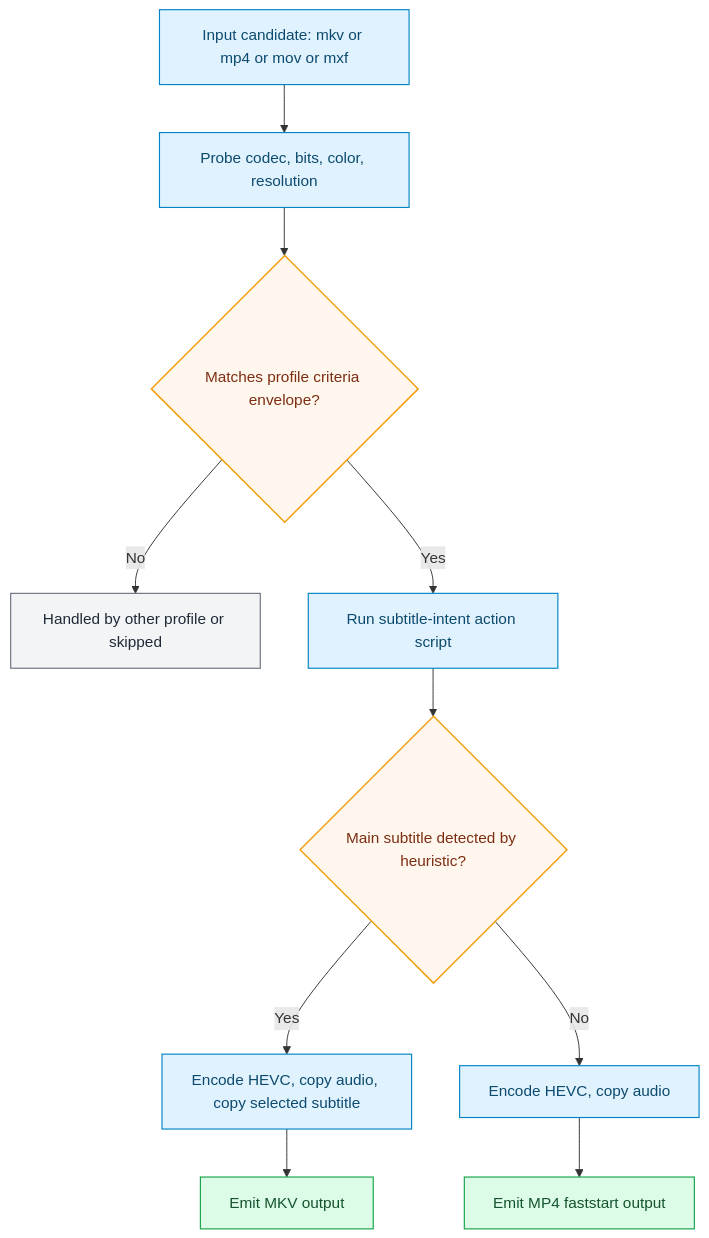
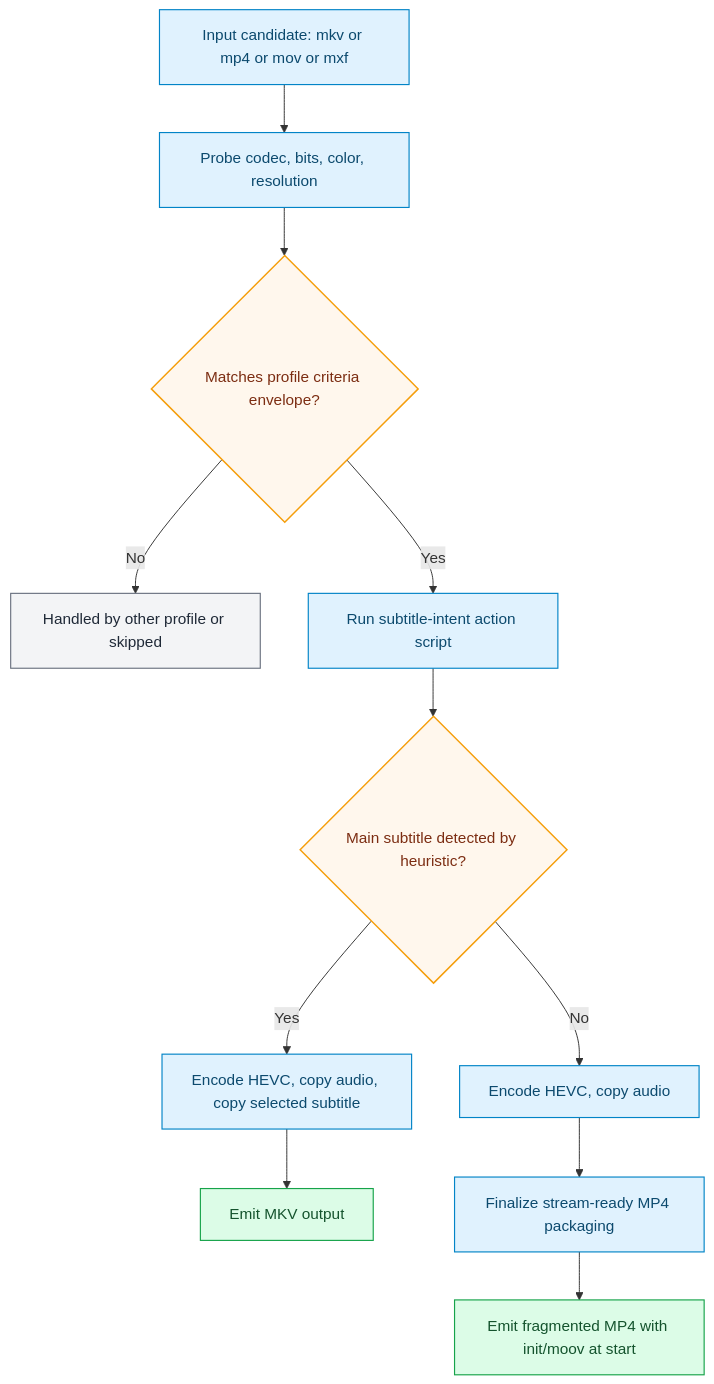
The diagram in platform/docs-site/docs/profiles/generated/netflixy-preserve-audio-main-subtitle-intent-1080p.md (CraigWatt/vfo), drawn with Mermaid before and after one commit. The commit also changed other lines of this file and 9 other files, not shown here.

Commit message:
profiles: default subtitle-intent MP4 lane to fragmented stream packaging

````diff
--- a/platform/docs-site/docs/profiles/generated/netflixy-preserve-audio-main-subtitle-intent-1080p.md
+++ b/platform/docs-site/docs/profiles/generated/netflixy-preserve-audio-main-subtitle-intent-1080p.md
@@ -52,17 +55,18 @@
 ```mermaid
 flowchart TD
   classDef gate fill:#fff7ed,stroke:#f59e0b,color:#7c2d12,stroke-width:1.5px;
   classDef stage fill:#e0f2fe,stroke:#0284c7,color:#0c4a6e,stroke-width:1.2px;
   classDef output fill:#dcfce7,stroke:#16a34a,color:#14532d,stroke-width:1.2px;
   classDef skip fill:#f3f4f6,stroke:#6b7280,color:#1f2937,stroke-width:1.2px;
 
   A[Input candidate: mkv or mp4 or mov or mxf]:::stage --> B[Probe codec, bits, color, resolution]:::stage
   B --> C{Matches profile criteria envelope?}:::gate
   C -->|No| Z[Handled by other profile or skipped]:::skip
   C -->|Yes| D[Run subtitle-intent action script]:::stage
   D --> E{Main subtitle detected by heuristic?}:::gate
   E -->|Yes| F[Encode HEVC, copy audio, copy selected subtitle]:::stage
   F --> G[Emit MKV output]:::output
   E -->|No| H[Encode HEVC, copy audio]:::stage
-  H --> I[Emit MP4 faststart output]:::output
+  H --> I[Finalize stream-ready MP4 packaging]:::stage
+  I --> J[Emit fragmented MP4 with init/moov at start]:::output
 ```
````
